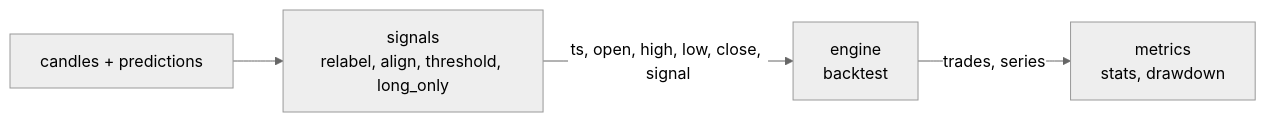
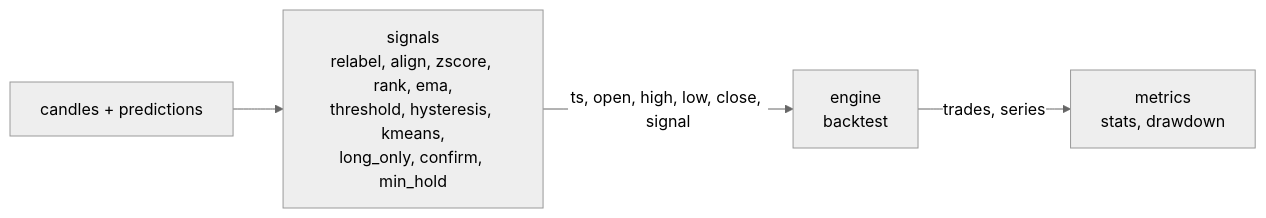
One commit to CandleStack-FEI-STU/candlestack changed the diagram in docs/engine.md. Above: the diagram before and after it, drawn with Mermaid (neutral theme). The commit also changed other lines of this file and 7 other files, not shown here.

````diff
--- a/docs/engine.md
+++ b/docs/engine.md
@@ -11,6 +11,6 @@
 ```mermaid
 flowchart LR
-    files["candles + predictions"] --> signals["signals<br/>relabel, align, threshold, long_only"]
+    files["candles + predictions"] --> signals["signals<br/>relabel, align, zscore, rank, ema,<br/>threshold, hysteresis, kmeans,<br/>long_only, confirm, min_hold"]
     signals -->|"ts, open, high, low, close, signal"| engine["engine<br/>backtest"]
     engine -->|"trades, series"| metrics["metrics<br/>stats, drawdown"]
 ```
````
